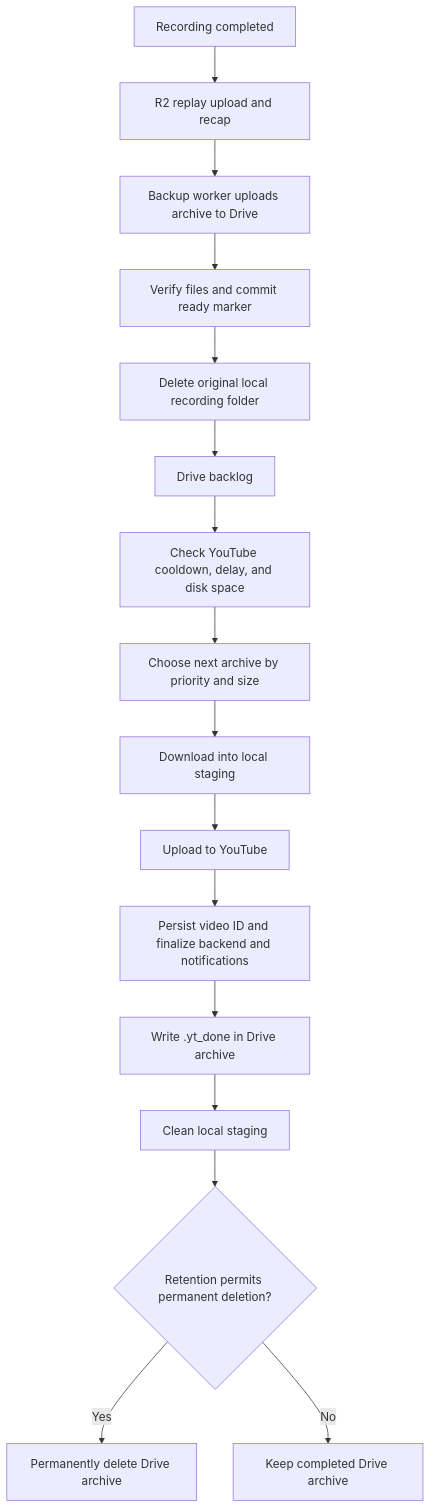
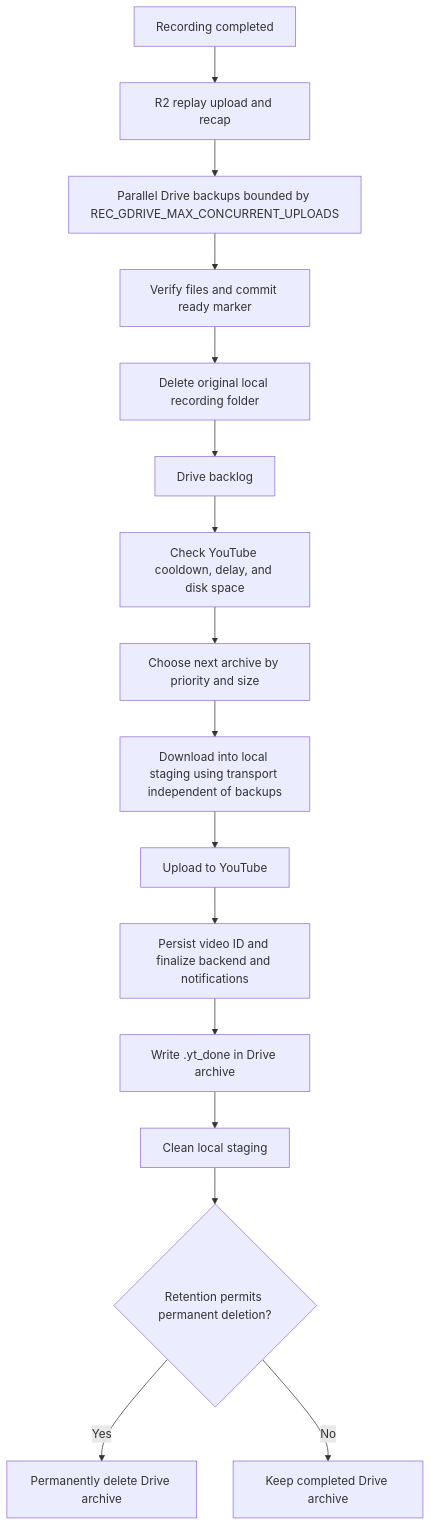
The diagram in docs/RECORDER_GDRIVE_FEATURE.md (Shiyinq/mypage48), drawn with Mermaid before and after one commit. The commit also changed other lines of this file and 12 other files, not shown here.

Commit message:
fix(recorder): enable independent parallel Google Drive transfers

````diff
--- a/docs/RECORDER_GDRIVE_FEATURE.md
+++ b/docs/RECORDER_GDRIVE_FEATURE.md
@@ -30,18 +30,18 @@
 ```mermaid
 flowchart TD
     A[Recording completed] --> B[R2 replay upload and recap]
-    B --> C[Backup worker uploads archive to Drive]
+    B --> C[Parallel Drive backups bounded by REC_GDRIVE_MAX_CONCURRENT_UPLOADS]
     C --> D[Verify files and commit ready marker]
     D --> E[Delete original local recording folder]
     E --> F[Drive backlog]
     F --> G[Check YouTube cooldown, delay, and disk space]
     G --> H[Choose next archive by priority and size]
-    H --> I[Download into local staging]
+    H --> I[Download into local staging using transport independent of backups]
     I --> J[Upload to YouTube]
     J --> K[Persist video ID and finalize backend and notifications]
     K --> L[Write .yt_done in Drive archive]
     L --> M[Clean local staging]
     M --> N{Retention permits permanent deletion?}
     N -->|Yes| O[Permanently delete Drive archive]
     N -->|No| P[Keep completed Drive archive]
 ```
````
